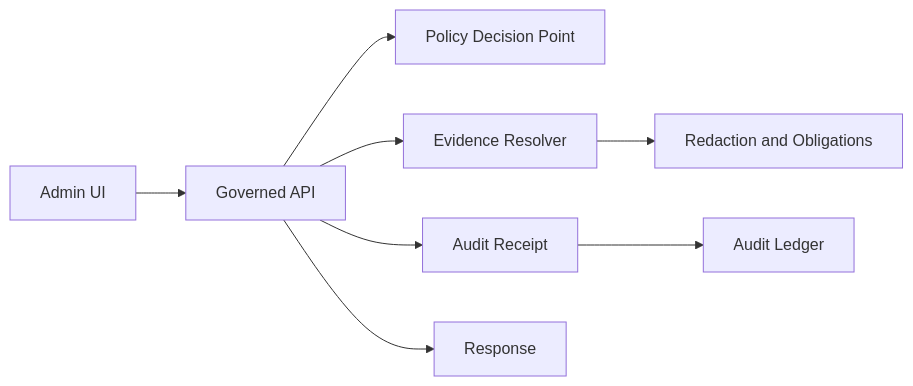
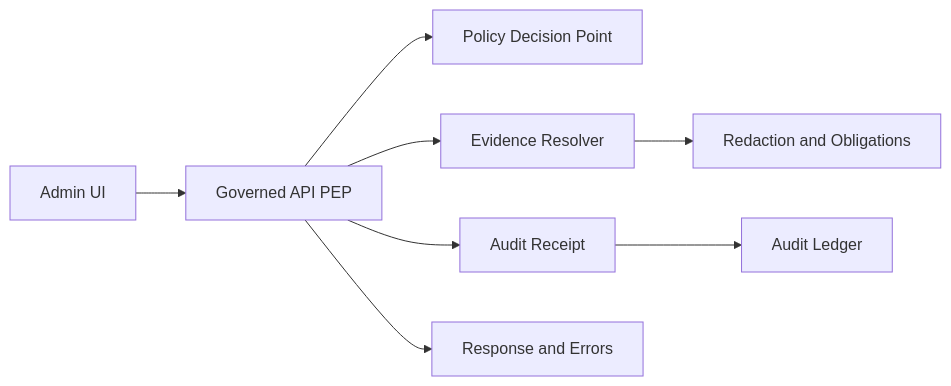
Before and after one commit to bartytime4life/Kansas-Frontier-Matrix: the diagram in apps/admin/tests/audit/README.md, drawn with Mermaid. The commit also changed other lines of this file, not shown here.

First line of the commit message:
Revise audit test suite documentation in README.md

````diff
--- a/apps/admin/tests/audit/README.md
+++ b/apps/admin/tests/audit/README.md
@@ -68,10 +86,10 @@
 ```mermaid
 flowchart LR
-  UI[Admin UI] --> API[Governed API]
-  API --> PDP[Policy Decision Point]
-  API --> EV[Evidence Resolver]
+  UI[Admin UI] --> PEP[Governed API PEP]
+  PEP --> PDP[Policy Decision Point]
+  PEP --> EV[Evidence Resolver]
   EV --> RED[Redaction and Obligations]
-  API --> AR[Audit Receipt]
+  PEP --> AR[Audit Receipt]
   AR --> LEDGER[Audit Ledger]
-  API --> OUT[Response]
+  PEP --> OUT[Response and Errors]
 ```
````
